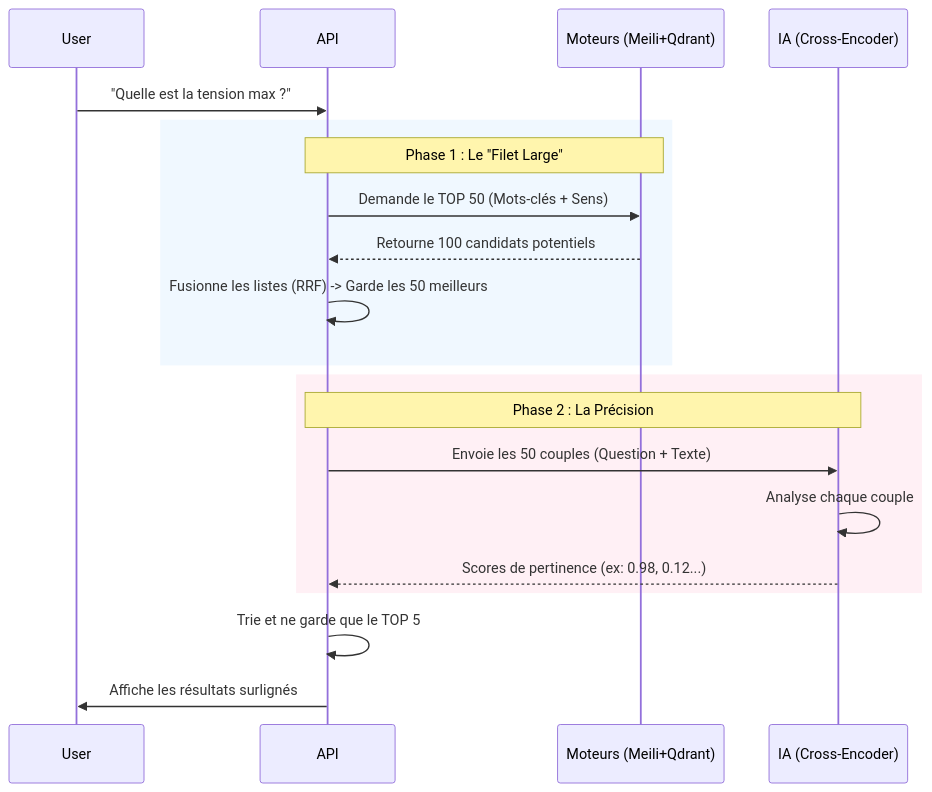
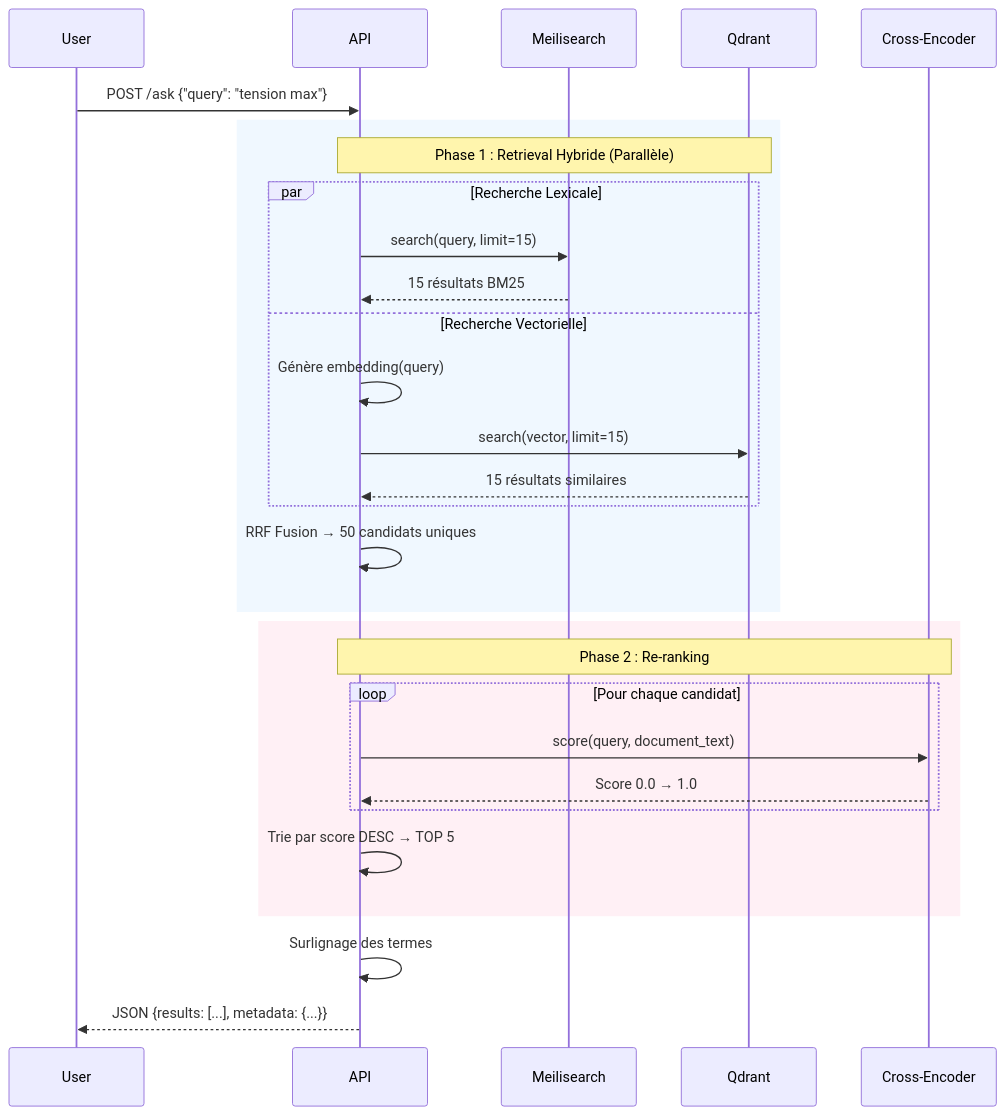
One commit to vgauti01/projet-tut changed the second of 3 diagrams in TECHNICAL_DOCUMENTATION.md. Above: the diagram before and after it, drawn with Mermaid. The commit also changed other lines of this file and 30 other files, not shown here.

````diff
--- a/TECHNICAL_DOCUMENTATION.md
+++ b/TECHNICAL_DOCUMENTATION.md
@@ -110,26 +234,35 @@
 ```mermaid
 sequenceDiagram
     participant User
     participant API
-    participant SearchEngines as Moteurs (Meili+Qdrant)
-    participant AI as IA (Cross-Encoder)
+    participant Meili as Meilisearch
+    participant Qdrant
+    participant CE as Cross-Encoder
 
-    User->>API: "Quelle est la tension max ?"
-    
+    User->>API: POST /ask {"query": "tension max"}
+
     rect rgb(240, 248, 255)
-        Note over API, SearchEngines: Phase 1 : Le "Filet Large"
-        API->>SearchEngines: Demande le TOP 50 (Mots-clés + Sens)
-        SearchEngines-->>API: Retourne 100 candidats potentiels
-        API->>API: Fusionne les listes (RRF) -> Garde les 50 meilleurs
-    end
-    
-    rect rgb(255, 240, 245)
-        Note over API, AI: Phase 2 : La Précision
-        API->>AI: Envoie les 50 couples (Question + Texte)
-        AI->>AI: Analyse chaque couple
-        AI-->>API: Scores de pertinence (ex: 0.98, 0.12...)
+        Note over API, Qdrant: Phase 1 : Retrieval Hybride (Parallèle)
+        par Recherche Lexicale
+            API->>Meili: search(query, limit=15)
+            Meili-->>API: 15 résultats BM25
+        and Recherche Vectorielle
+            API->>API: Génère embedding(query)
+            API->>Qdrant: search(vector, limit=15)
+            Qdrant-->>API: 15 résultats similaires
+        end
+        API->>API: RRF Fusion → 50 candidats uniques
     end
 
-    API->>API: Trie et ne garde que le TOP 5
-    API->>User: Affiche les résultats surlignés
+    rect rgb(255, 240, 245)
+        Note over API, CE: Phase 2 : Re-ranking
+        loop Pour chaque candidat
+            API->>CE: score(query, document_text)
+            CE-->>API: Score 0.0 → 1.0
+        end
+        API->>API: Trie par score DESC → TOP 5
+    end
+
+    API->>API: Surlignage des termes
+    API-->>User: JSON {results: [...], metadata: {...}}
 ```
````
